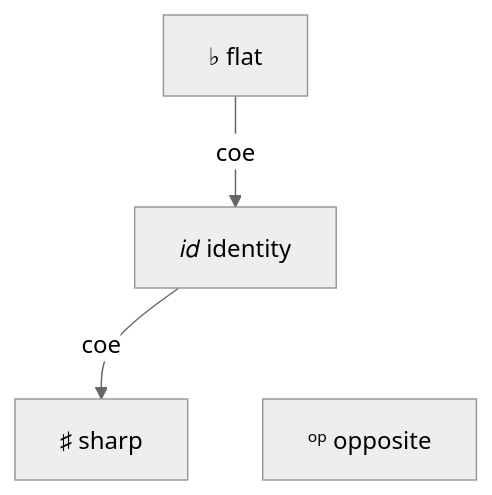
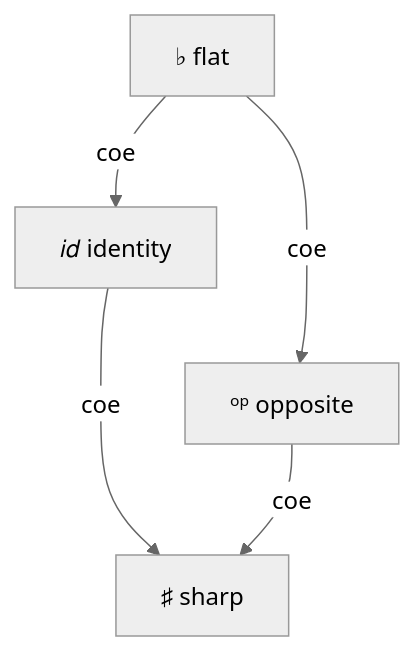
One commit to rzk-lang/rzk changed the diagram in docs/docs/en/reference/modalities.rzk.md. Above: the diagram before and after it, drawn with Mermaid (neutral theme). The commit also changed other lines of this file and 1 other file, not shown here.

````diff
--- a/docs/docs/en/reference/modalities.rzk.md
+++ b/docs/docs/en/reference/modalities.rzk.md
@@ -30,11 +30,15 @@
 ```mermaid
 graph TB
   flat["♭  flat"]
   id["𝑖𝑑  identity"]
   sharp["♯  sharp"]
   op["ᵒᵖ  opposite"]
 
   flat -->|"coe"| id
   id  -->|"coe"| sharp
+
+  flat -->|"coe"| op
+  op  -->|"coe"| sharp
+
   id ~~~ op
 ```
````
